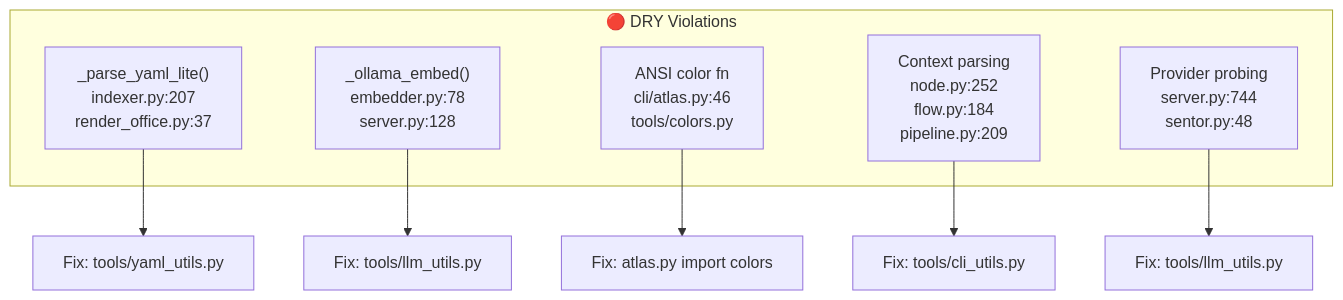
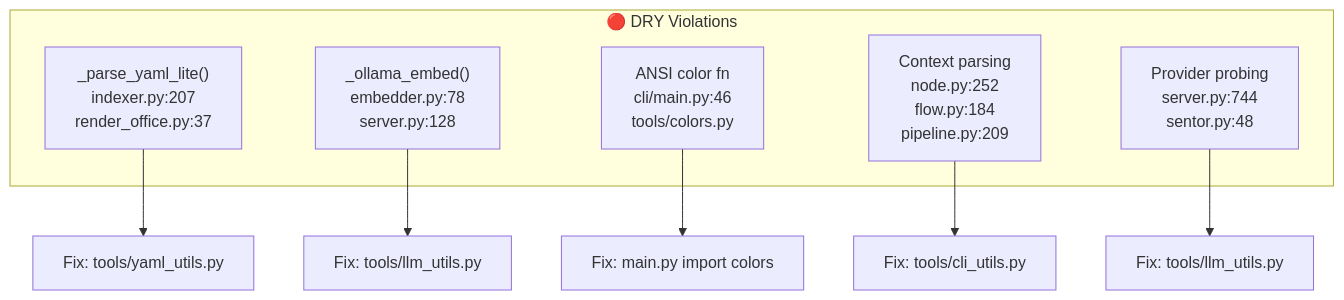
One commit to Ozgurooozer/Sentor changed the fourth of 5 diagrams in docs/opencode-codereview-1-en.md. Above: the diagram before and after it, drawn with Mermaid. The commit also changed other lines of this file and 386 other files, not shown here.

````diff
--- a/docs/opencode-codereview-1-en.md
+++ b/docs/opencode-codereview-1-en.md
@@ -246,16 +246,16 @@
 ```mermaid
 flowchart TD
     subgraph DRY["🔴 DRY Violations"]
         D1["_parse_yaml_lite()<br/>indexer.py:207<br/>render_office.py:37"]
         D2["_ollama_embed()<br/>embedder.py:78<br/>server.py:128"]
-        D3["ANSI color fn<br/>cli/atlas.py:46<br/>tools/colors.py"]
+        D3["ANSI color fn<br/>cli/main.py:46<br/>tools/colors.py"]
         D4["Context parsing<br/>node.py:252<br/>flow.py:184<br/>pipeline.py:209"]
         D5["Provider probing<br/>server.py:744<br/>sentor.py:48"]
     end
 
     D1 --> FIX1["Fix: tools/yaml_utils.py"]
     D2 --> FIX2["Fix: tools/llm_utils.py"]
-    D3 --> FIX3["Fix: atlas.py import colors"]
+    D3 --> FIX3["Fix: main.py import colors"]
     D4 --> FIX4["Fix: tools/cli_utils.py"]
     D5 --> FIX5["Fix: tools/llm_utils.py"]
 ```
````
